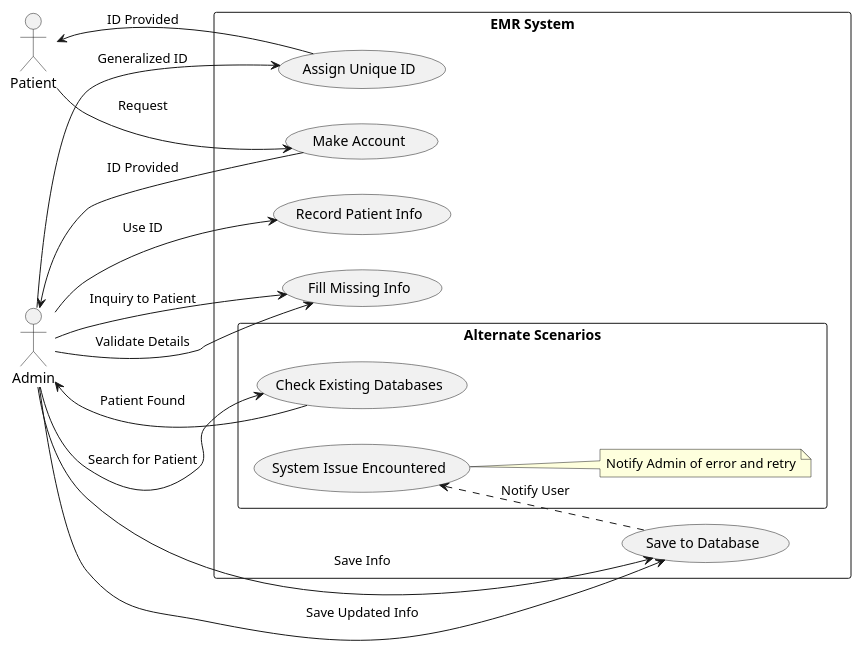
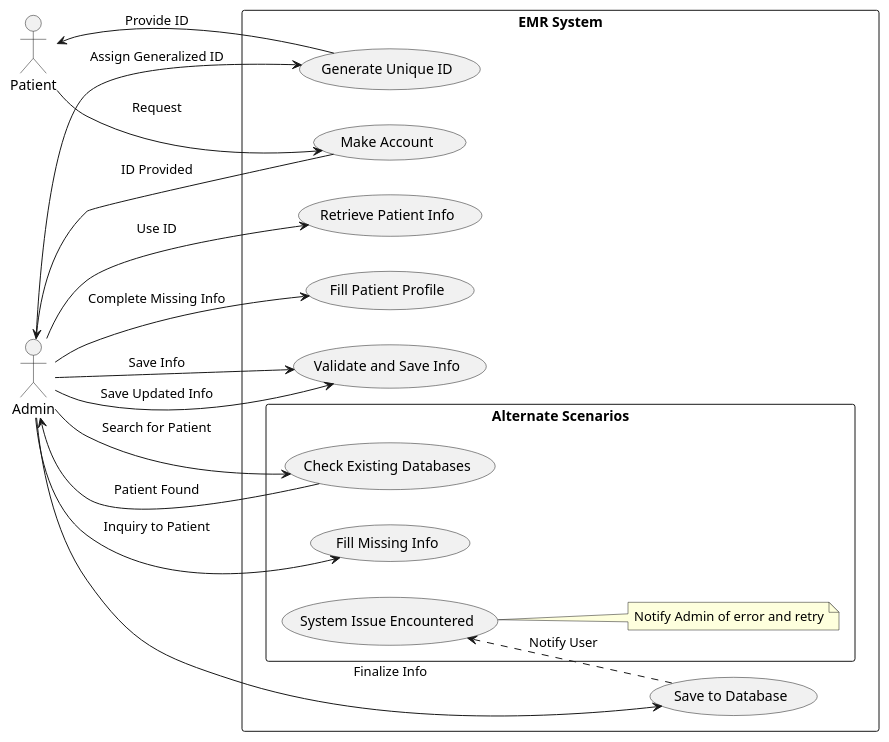
The diagram in RegisterNewPatient/diagram.puml (malak-elbanna/Usecases_Reqs), drawn with PlantUML before and after one commit. The commit also changed 16 other files, not shown here.

```diff
--- a/RegisterNewPatient/diagram.puml
+++ b/RegisterNewPatient/diagram.puml
@@ -1,28 +1,29 @@
 @startuml
 left to right direction
 actor Patient
 actor Admin
 
 rectangle "EMR System" {
     Patient --> (Make Account) : Request
     (Make Account) --> Admin : ID Provided
 
-    Admin --> (Record Patient Info) : Use ID
-    Admin --> (Fill Missing Info) : Validate Details
-    Admin --> (Save to Database) : Save Info
-    Admin --> (Assign Unique ID) : Generalized ID
-    (Assign Unique ID) --> Patient : ID Provided
+    Admin --> (Retrieve Patient Info) : Use ID
+    Admin --> (Fill Patient Profile) : Complete Missing Info
+    Admin --> (Validate and Save Info) : Save Info
+    Admin --> (Save to Database) : Finalize Info
+    Admin --> (Generate Unique ID) : Assign Generalized ID
+    (Generate Unique ID) --> Patient : Provide ID
 
     rectangle "Alternate Scenarios" {
         Admin --> (Check Existing Databases) : Search for Patient
         (Check Existing Databases) --> Admin : Patient Found
         Admin --> (Fill Missing Info) : Inquiry to Patient
-        Admin --> (Save to Database) : Save Updated Info
+        Admin --> (Validate and Save Info) : Save Updated Info
 
         (System Issue Encountered) <.. (Save to Database) : Notify User
         note right of (System Issue Encountered)
           Notify Admin of error and retry
         end note
     }
 }
 @enduml
```
